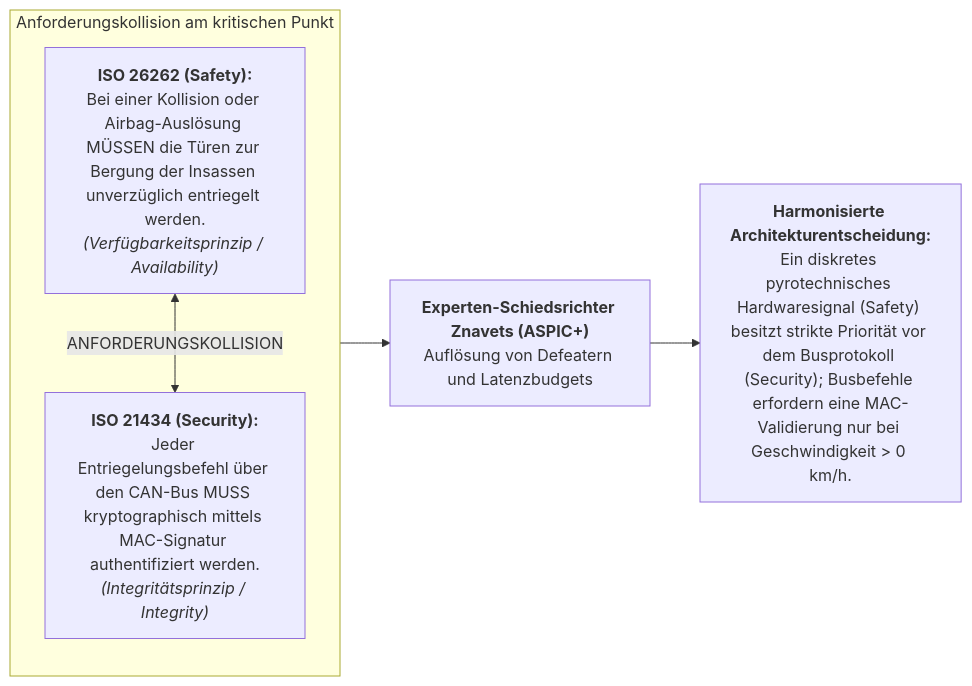
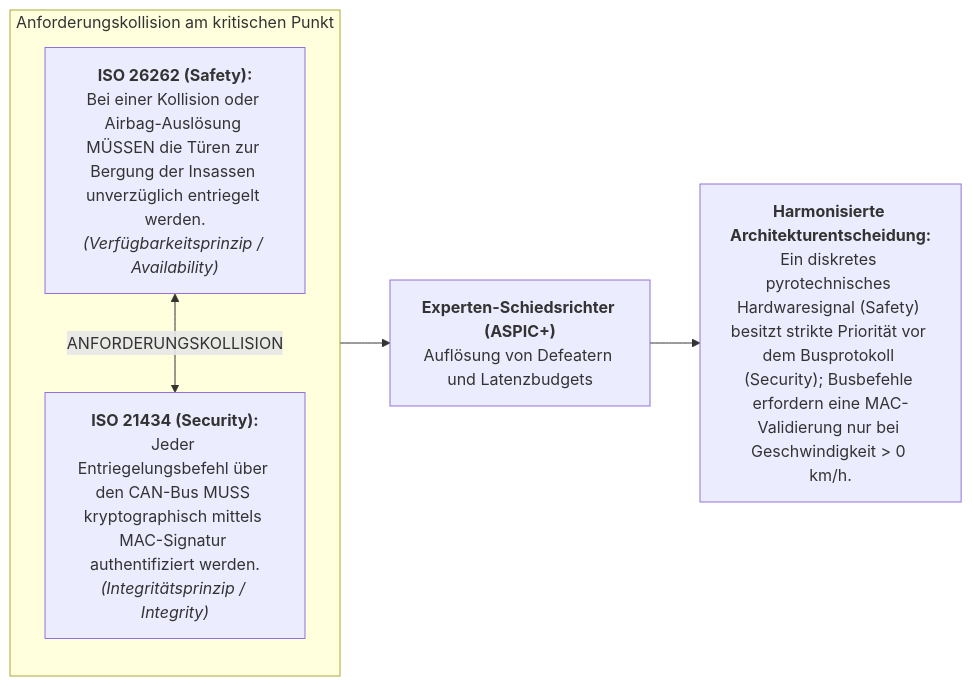
Before and after one commit to nick-fedchik/articles: the second of 3 diagrams in ExpertSystem/translations/de/ch39-active-compliance-auditor-and-popperian-testing.md, drawn with Mermaid. The commit also changed other lines of this file and 32 other files, not shown here.

Commit message:
fix(epistemic): eliminate Znavets brand references from Pro et Contra and architectures across all chapters (UA, EN, DE)

````diff
--- a/ExpertSystem/translations/de/ch39-active-compliance-auditor-and-popperian-testing.md
+++ b/ExpertSystem/translations/de/ch39-active-compliance-auditor-and-popperian-testing.md
@@ -323,16 +323,16 @@
 ```mermaid
 flowchart LR
     accTitle: Konflikt zwischen funktionaler Sicherheit und Cybersicherheit
     accDescr: Auflösung von Anforderungskollisionen zwischen ISO 26262 und ISO 21434 durch den ASPIC+-Schiedsrichter.
 
     subgraph CONFLICT["Anforderungskollision am kritischen Punkt"]
         direction TB
         REQ_SAFE["<b>ISO 26262 (Safety):</b><br/>Bei einer Kollision oder Airbag-Auslösung MÜSSEN die Türen zur Bergung der Insassen unverzüglich entriegelt werden.<br/><i>(Verfügbarkeitsprinzip / Availability)</i>"]
         REQ_SEC["<b>ISO 21434 (Security):</b><br/>Jeder Entriegelungsbefehl über den CAN-Bus MUSS kryptographisch mittels MAC-Signatur authentifiziert werden.<br/><i>(Integritätsprinzip / Integrity)</i>"]
     end
 
     REQ_SAFE <-->|ANFORDERUNGSKOLLISION| REQ_SEC
 
-    CONFLICT --> ARBITER["<b>Experten-Schiedsrichter Znavets (ASPIC+)</b><br/>Auflösung von Defeatern und Latenzbudgets"]
+    CONFLICT --> ARBITER["<b>Experten-Schiedsrichter (ASPIC+)</b><br/>Auflösung von Defeatern und Latenzbudgets"]
     ARBITER --> RESOLUTION["<b>Harmonisierte Architekturentscheidung:</b><br/>Ein diskretes pyrotechnisches Hardwaresignal (Safety) besitzt strikte Priorität vor dem Busprotokoll (Security); Busbefehle erfordern eine MAC-Validierung nur bei Geschwindigkeit > 0 km/h."]
 ```
````
